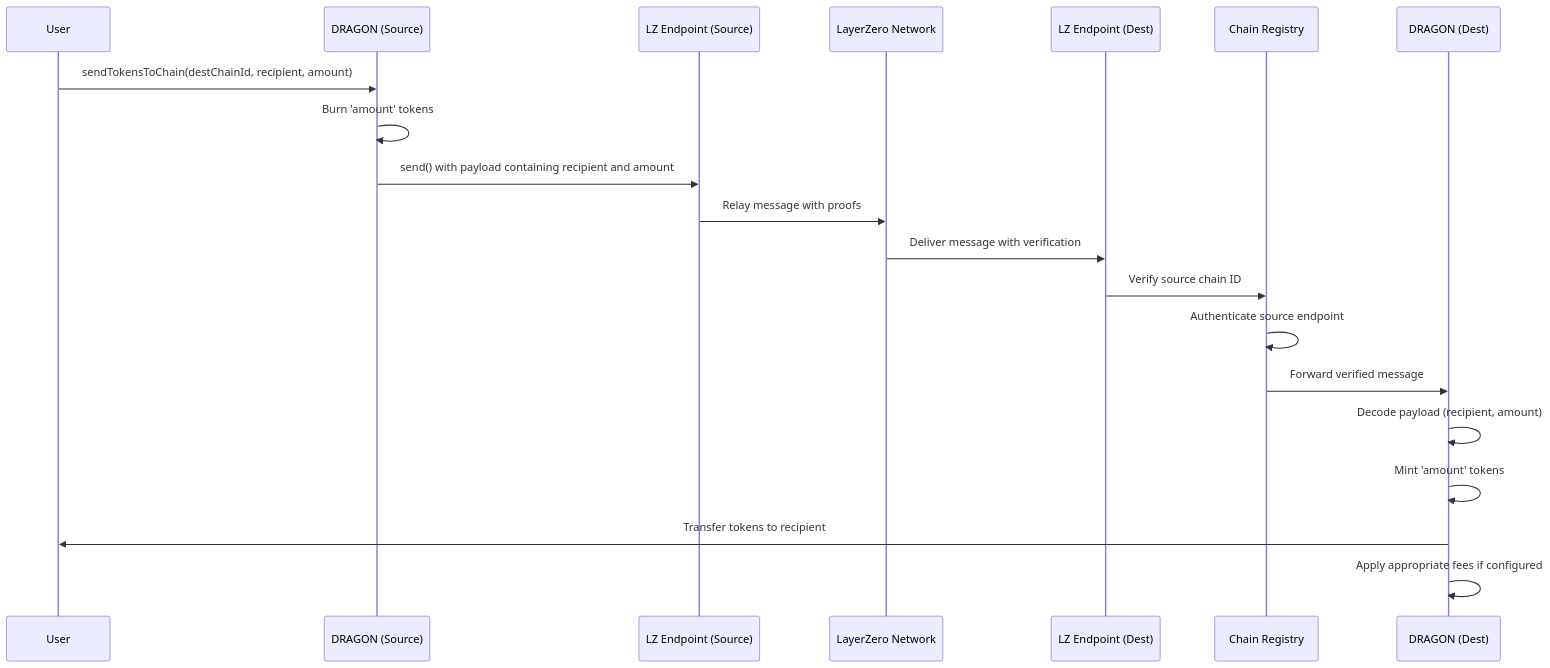
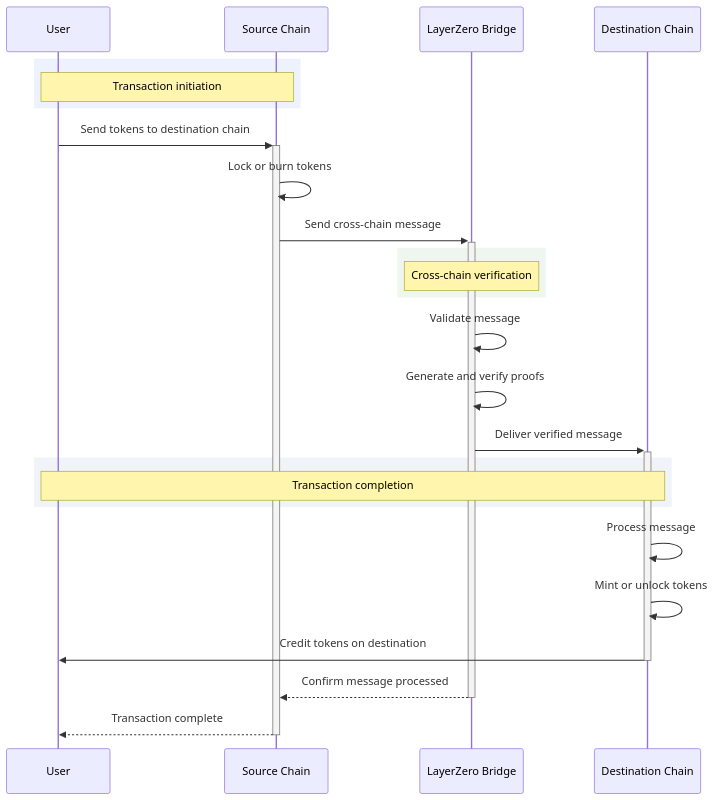
Before and after one commit to wenakita/sonicreddragon-docs: the second of 4 diagrams in docs/concepts/cross-chain.md, drawn with Mermaid. The commit also changed other lines of this file and 50 other files, not shown here.

Commit message:
Fix Mermaid diagram rendering issues and Unicode corruption

````diff
--- a/docs/concepts/cross-chain.md
+++ b/docs/concepts/cross-chain.md
@@ -73,23 +73,35 @@
 ```mermaid
 sequenceDiagram
     participant User
-    participant SourceDragon as DRAGON (Source)
-    participant SourceEndpoint as LZ Endpoint (Source)
-    participant Network as LayerZero Network
-    participant DestEndpoint as LZ Endpoint (Dest)
-    participant Registry as Chain Registry
-    participant DestDragon as DRAGON (Dest)
+    participant Source as Source Chain
+    participant Bridge as LayerZero Bridge
+    participant Dest as Destination Chain
     
-    User->>SourceDragon: sendTokensToChain(destChainId, recipient, amount)
-    SourceDragon->>SourceDragon: Burn 'amount' tokens
-    SourceDragon->>SourceEndpoint: send() with payload containing recipient and amount
-    SourceEndpoint->>Network: Relay message with proofs
-    Network->>DestEndpoint: Deliver message with verification
-    DestEndpoint->>Registry: Verify source chain ID
-    Registry->>Registry: Authenticate source endpoint
-    Registry->>DestDragon: Forward verified message
-    DestDragon->>DestDragon: Decode payload (recipient, amount)
-    DestDragon->>DestDragon: Mint 'amount' tokens
-    DestDragon->>User: Transfer tokens to recipient
-    DestDragon->>DestDragon: Apply appropriate fees if configured
+    %% Add styling to different sections
+    rect rgb(238, 242, 255)
+    note over User,Source: Transaction initiation
+    end
+    
+    User->>+Source: Send tokens to destination chain
+    Source->>Source: Lock or burn tokens
+    Source->>+Bridge: Send cross-chain message
+    
+    rect rgb(239, 246, 239)
+    note over Bridge: Cross-chain verification
+    end
+    
+    Bridge->>Bridge: Validate message
+    Bridge->>Bridge: Generate and verify proofs
+    Bridge->>+Dest: Deliver verified message
+    
+    rect rgb(240, 244, 248)
+    note over Dest,User: Transaction completion
+    end
+    
+    Dest->>Dest: Process message
+    Dest->>Dest: Mint or unlock tokens
+    Dest->>-User: Credit tokens on destination
+    
+    Bridge-->>-Source: Confirm message processed
+    Source-->>-User: Transaction complete
 ```
````
